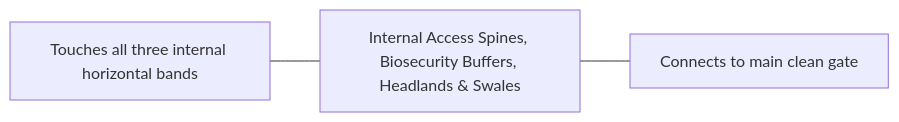
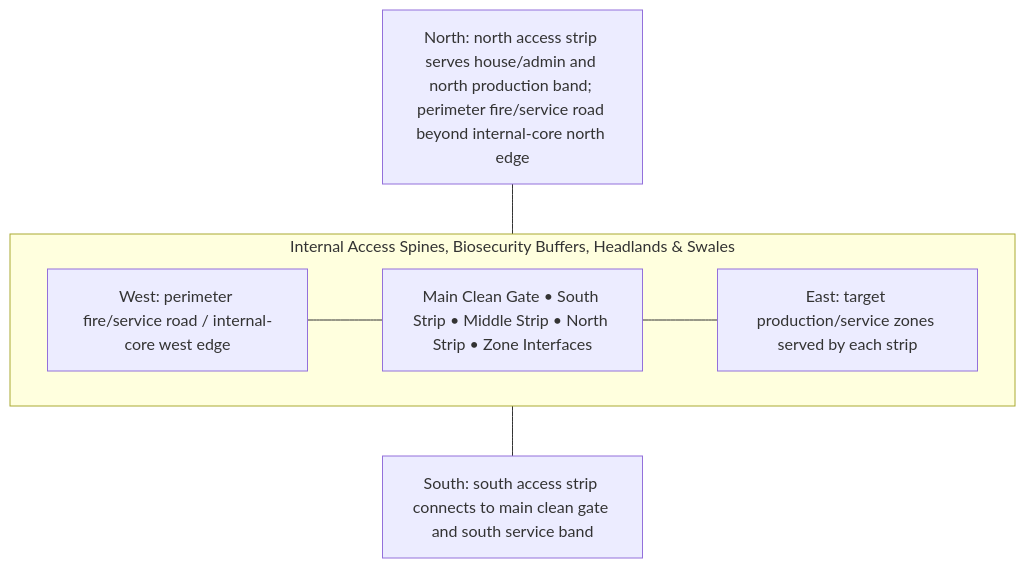
The diagram in spaces/15-internal-access-buffers/ARCHITECTURE.md (agro-firm/Self-Sufficient-Eco-Farm), drawn with Mermaid before and after one commit. The commit also changed other lines of this file and 31 other files, not shown here.

Commit message:
Add full per-space architecture and blueprint authorities

````diff
--- a/spaces/15-internal-access-buffers/ARCHITECTURE.md
+++ b/spaces/15-internal-access-buffers/ARCHITECTURE.md
@@ -36,7 +46,14 @@
 ```mermaid
-flowchart LR
-    A["Touches all three internal horizontal bands"]
-    S["Internal Access Spines, Biosecurity Buffers, Headlands & Swales"]
-    B["Connects to main clean gate"]
-    A --- S --- B
+flowchart TB
+    N["North: north access strip serves house/admin and north production band; perimeter fire/service road beyond internal-core north edge"]
+    subgraph ROW["Internal Access Spines, Biosecurity Buffers, Headlands & Swales"]
+      direction LR
+      W["West: perimeter fire/service road / internal-core west edge"]
+      C["Main Clean Gate • South Strip • Middle Strip • North Strip • Zone Interfaces"]
+      E["East: target production/service zones served by each strip"]
+      W --- C --- E
+    end
+    S["South: south access strip connects to main clean gate and south service band"]
+    N --- C
+    C --- S
 ```
````
